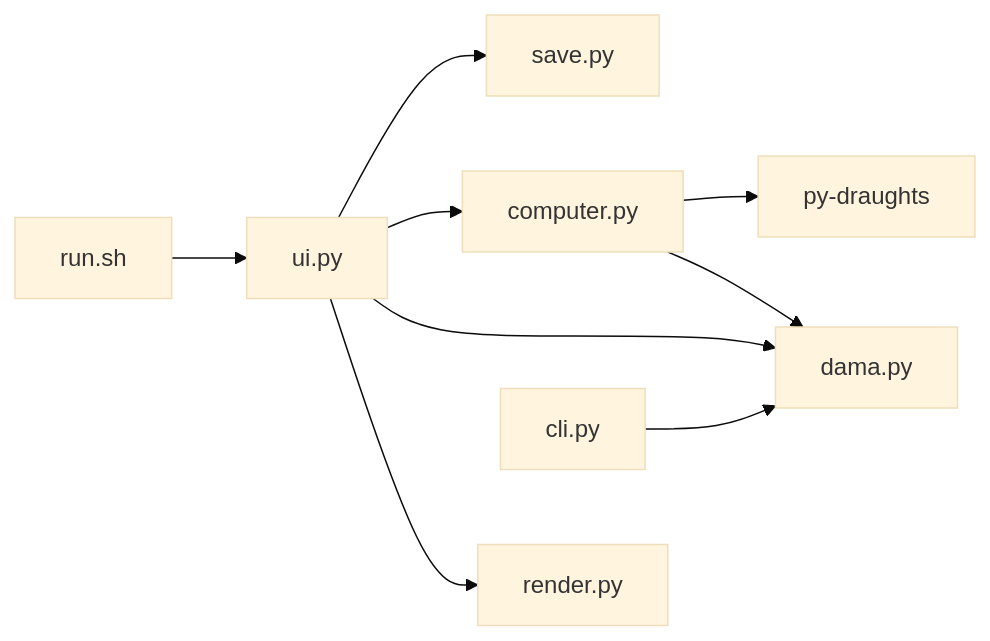
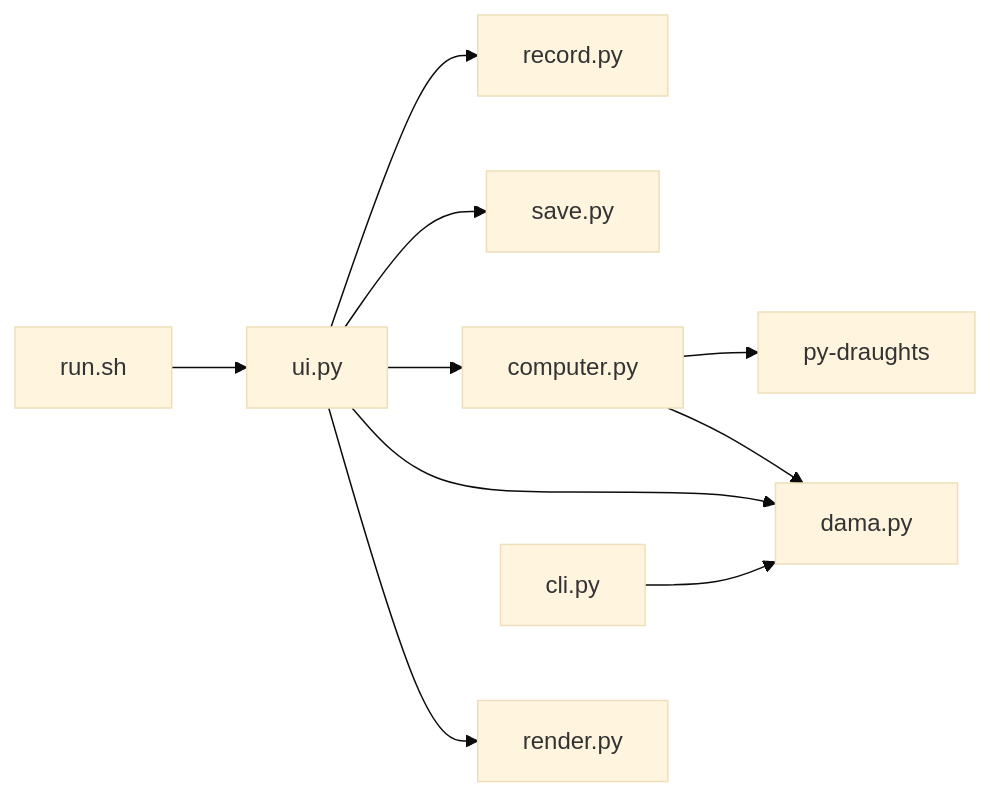
Before and after one commit to Apole-dev/dama: the diagram in README.md, drawn with Mermaid (base theme). The commit also changed other lines of this file and 10 other files, not shown here.

````diff
--- a/README.md
+++ b/README.md
@@ -27,11 +27,12 @@
 ```mermaid
 flowchart LR
     run[run.sh] --> ui[ui.py]
     ui --> render[render.py]
     ui --> game[dama.py]
     ui --> computer[computer.py]
     ui --> save[save.py]
+    ui --> record[record.py]
     computer --> game
     computer --> engine[py-draughts]
     cli[cli.py] --> game
 ```
````
